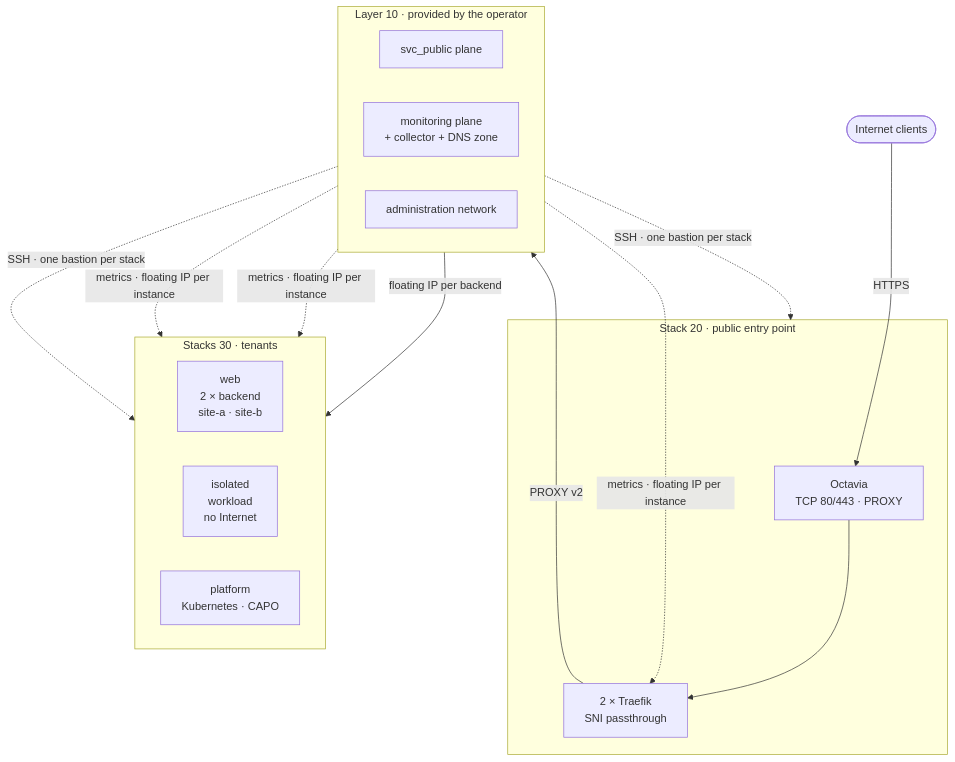
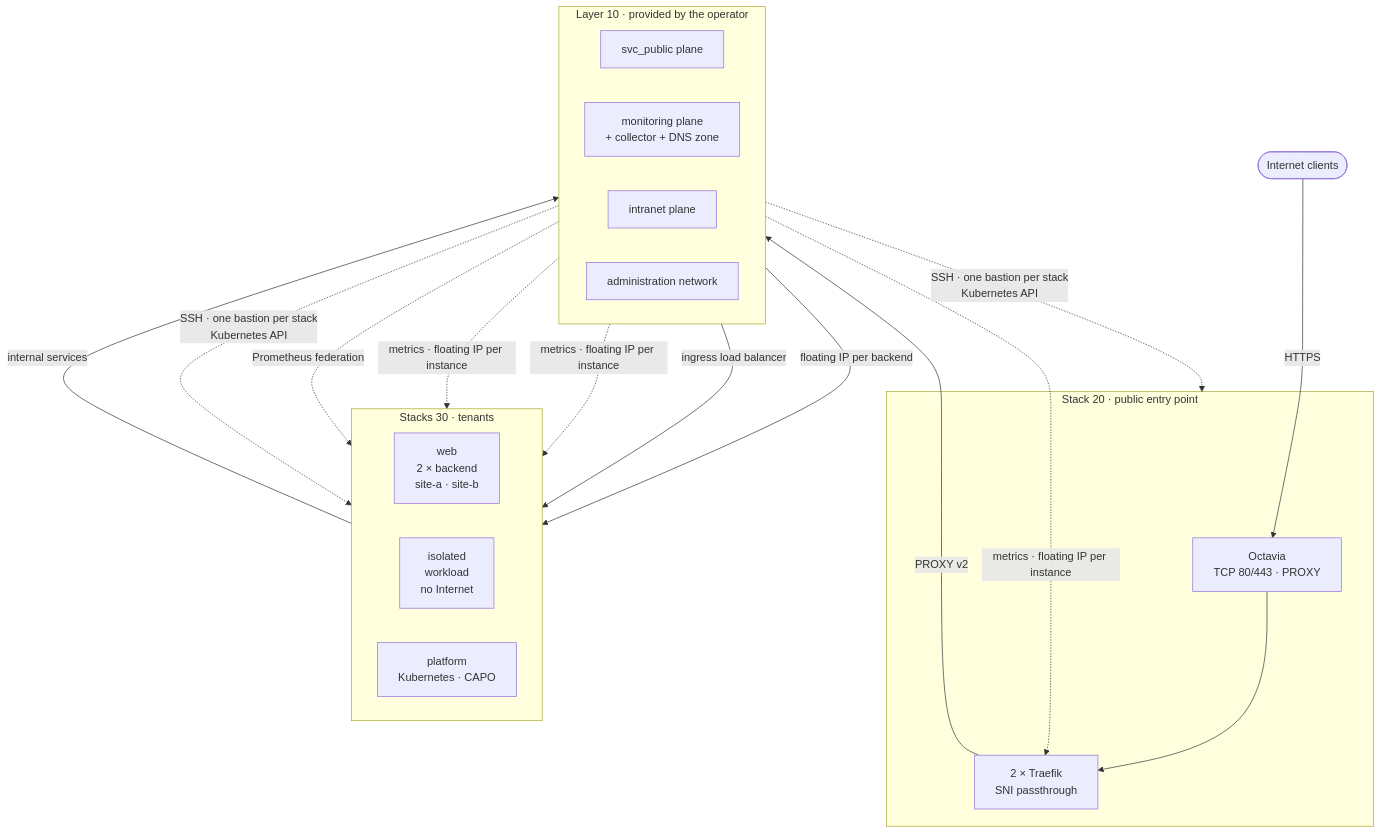
Before and after one commit to CyprisTech/openstack-multitenant-reference: the first of 2 diagrams in README.md, drawn with Mermaid. The commit also changed other lines of this file, not shown here.

````diff
--- a/README.md
+++ b/README.md
@@ -39,28 +55,32 @@
 ```mermaid
 flowchart TB
     U(["Internet clients"])
 
     subgraph EDGE["Stack 20 · public entry point"]
         LB["Octavia<br/>TCP 80/443 · PROXY"] --> T["2 × Traefik<br/>SNI passthrough"]
     end
 
     subgraph TENANTS["Stacks 30 · tenants"]
         direction LR
         W["web<br/>2 × backend<br/>site-a · site-b"]
         I["isolated<br/>workload<br/>no Internet"]
         K["platform<br/>Kubernetes · CAPO"]
     end
 
     subgraph L10["Layer 10 · provided by the operator"]
         direction LR
         SVC["svc_public plane"]
         MON["monitoring plane<br/>+ collector + DNS zone"]
+        INT["intranet plane"]
         ADM["administration network"]
     end
 
     U -->|HTTPS| LB
     T -->|"PROXY v2"| SVC -->|"floating IP per backend"| W
+    SVC -->|"ingress load balancer"| K
     MON -.->|"metrics · floating IP per instance"| T & W & I
-    ADM -.->|"SSH · one bastion per stack"| EDGE & TENANTS
+    MON -.->|"Prometheus federation"| K
+    K -->|"internal services"| INT
+    ADM -.->|"SSH · one bastion per stack<br/>Kubernetes API"| EDGE & TENANTS
 
 ```
````
